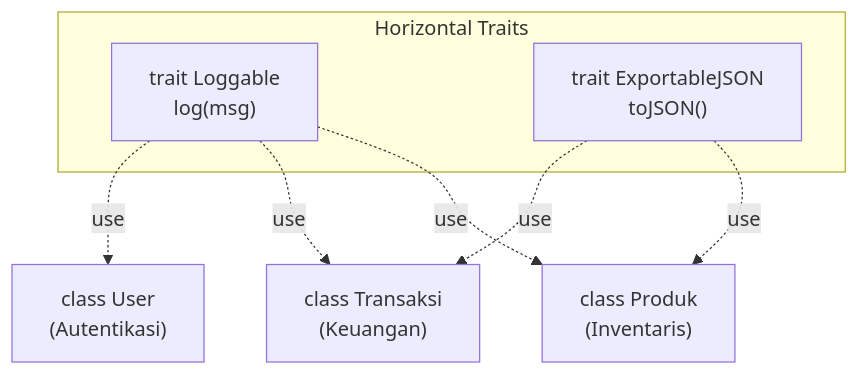
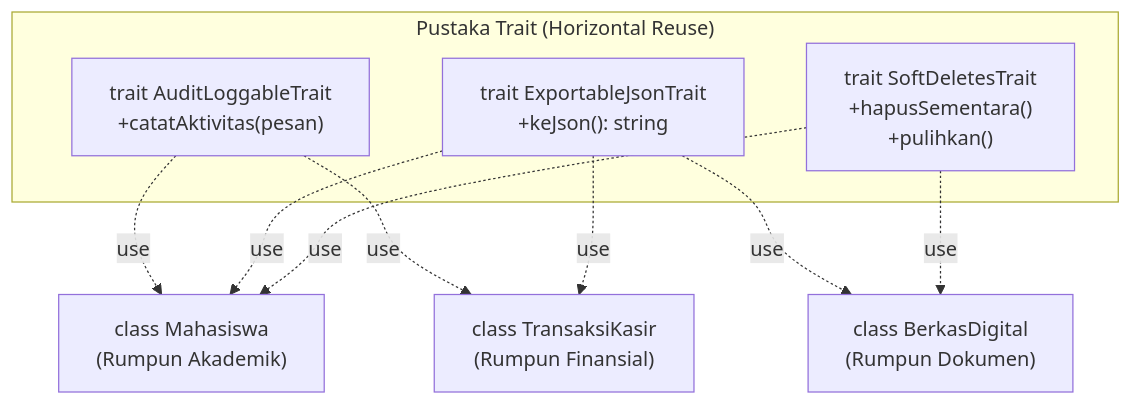
Before and after one commit to mahendaruui/Perkuliahan: the second of 2 diagrams in docs/pemrograman-oop-php/inheritance.md, drawn with Mermaid. The commit also changed other lines of this file and 3 other files, not shown here.

````diff
--- a/docs/pemrograman-oop-php/inheritance.md
+++ b/docs/pemrograman-oop-php/inheritance.md
@@ -126,17 +211,20 @@
 ```mermaid
 flowchart TD
-    subgraph Traits ["Horizontal Traits"]
-        T1["trait Loggable<br>log(msg)"]
-        T2["trait ExportableJSON<br>toJSON()"]
+    subgraph Traits ["Pustaka Trait (Horizontal Reuse)"]
+        T1["trait AuditLoggableTrait<br>+catatAktivitas(pesan)"]
+        T2["trait ExportableJsonTrait<br>+keJson(): string"]
+        T3["trait SoftDeletesTrait<br>+hapusSementara()<br>+pulihkan()"]
     end
 
-    C1["class Produk<br>(Inventaris)"]
-    C2["class Transaksi<br>(Keuangan)"]
-    C3["class User<br>(Autentikasi)"]
+    C1["class Mahasiswa<br>(Rumpun Akademik)"]
+    C2["class TransaksiKasir<br>(Rumpun Finansial)"]
+    C3["class BerkasDigital<br>(Rumpun Dokumen)"]
 
     T1 -.->|"use"| C1
     T1 -.->|"use"| C2
-    T1 -.->|"use"| C3
     T2 -.->|"use"| C1
     T2 -.->|"use"| C2
+    T2 -.->|"use"| C3
+    T3 -.->|"use"| C1
+    T3 -.->|"use"| C3
 ```
````
